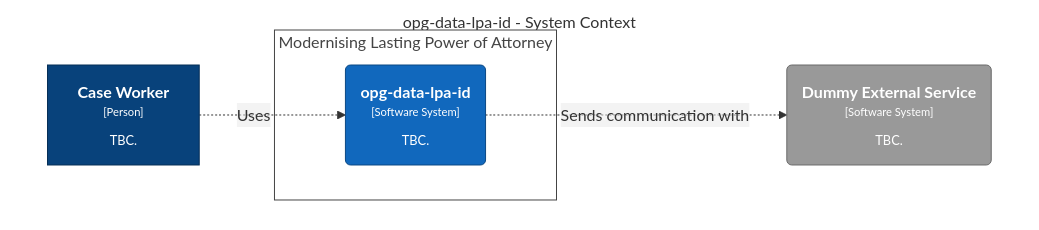
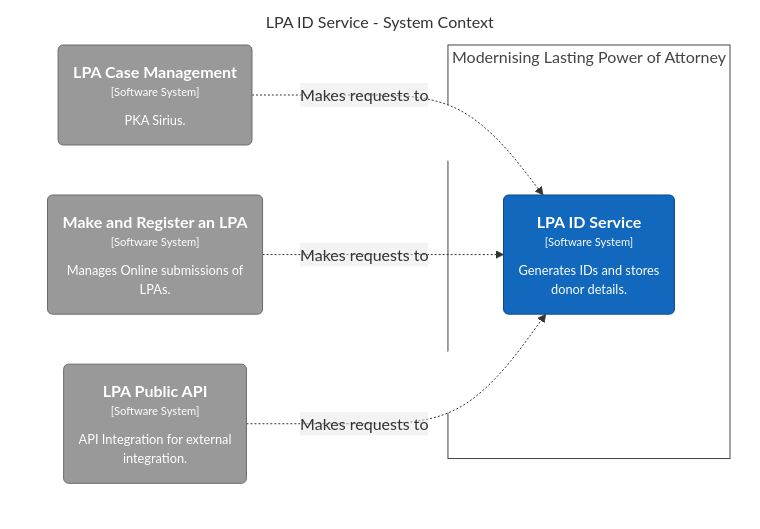
Before and after one commit to ministryofjustice/opg-data-lpa-uid: the diagram in docs/architecture/dsl/local/structurizr-1-SystemContext.mmd, drawn with Mermaid. The commit also changed 7 other files, not shown here.

```diff
--- a/docs/architecture/dsl/local/structurizr-1-SystemContext.mmd
+++ b/docs/architecture/dsl/local/structurizr-1-SystemContext.mmd
@@ -1,21 +1,24 @@
 graph TB
   linkStyle default fill:#ffffff
 
-  subgraph diagram [opg-data-lpa-id - System Context]
+  subgraph diagram [LPA ID Service - System Context]
     style diagram fill:#ffffff,stroke:#ffffff
 
     subgraph enterprise [Modernising Lasting Power of Attorney]
       style enterprise fill:#ffffff,stroke:#444444,color:#444444
 
-      2("<div style='font-weight: bold'>opg-data-lpa-id</div><div style='font-size: 70%; margin-top: 0px'>[Software System]</div><div style='font-size: 80%; margin-top:10px'>TBC.</div>")
-      style 2 fill:#1168bd,stroke:#0b4884,color:#ffffff
+      7("<div style='font-weight: bold'>LPA ID Service</div><div style='font-size: 70%; margin-top: 0px'>[Software System]</div><div style='font-size: 80%; margin-top:10px'>Generates IDs and stores<br />donor details.</div>")
+      style 7 fill:#1168bd,stroke:#0b4884,color:#ffffff
     end
 
-    1["<div style='font-weight: bold'>Case Worker</div><div style='font-size: 70%; margin-top: 0px'>[Person]</div><div style='font-size: 80%; margin-top:10px'>TBC.</div>"]
-    style 1 fill:#08427b,stroke:#052e56,color:#ffffff
-    8("<div style='font-weight: bold'>Dummy External Service</div><div style='font-size: 70%; margin-top: 0px'>[Software System]</div><div style='font-size: 80%; margin-top:10px'>TBC.</div>")
-    style 8 fill:#999999,stroke:#6b6b6b,color:#ffffff
+    4("<div style='font-weight: bold'>LPA Case Management</div><div style='font-size: 70%; margin-top: 0px'>[Software System]</div><div style='font-size: 80%; margin-top:10px'>PKA Sirius.</div>")
+    style 4 fill:#999999,stroke:#6b6b6b,color:#ffffff
+    5("<div style='font-weight: bold'>Make and Register an LPA</div><div style='font-size: 70%; margin-top: 0px'>[Software System]</div><div style='font-size: 80%; margin-top:10px'>Manages Online submissions of<br />LPAs.</div>")
+    style 5 fill:#999999,stroke:#6b6b6b,color:#ffffff
+    6("<div style='font-weight: bold'>LPA Public API</div><div style='font-size: 70%; margin-top: 0px'>[Software System]</div><div style='font-size: 80%; margin-top:10px'>API Integration for external<br />integration.</div>")
+    style 6 fill:#999999,stroke:#6b6b6b,color:#ffffff
 
-    2-. "<div>Sends communication with</div><div style='font-size: 70%'></div>" .->8
-    1-. "<div>Uses</div><div style='font-size: 70%'></div>" .->2
+    4-. "<div>Makes requests to</div><div style='font-size: 70%'></div>" .->7
+    5-. "<div>Makes requests to</div><div style='font-size: 70%'></div>" .->7
+    6-. "<div>Makes requests to</div><div style='font-size: 70%'></div>" .->7
   end
```
